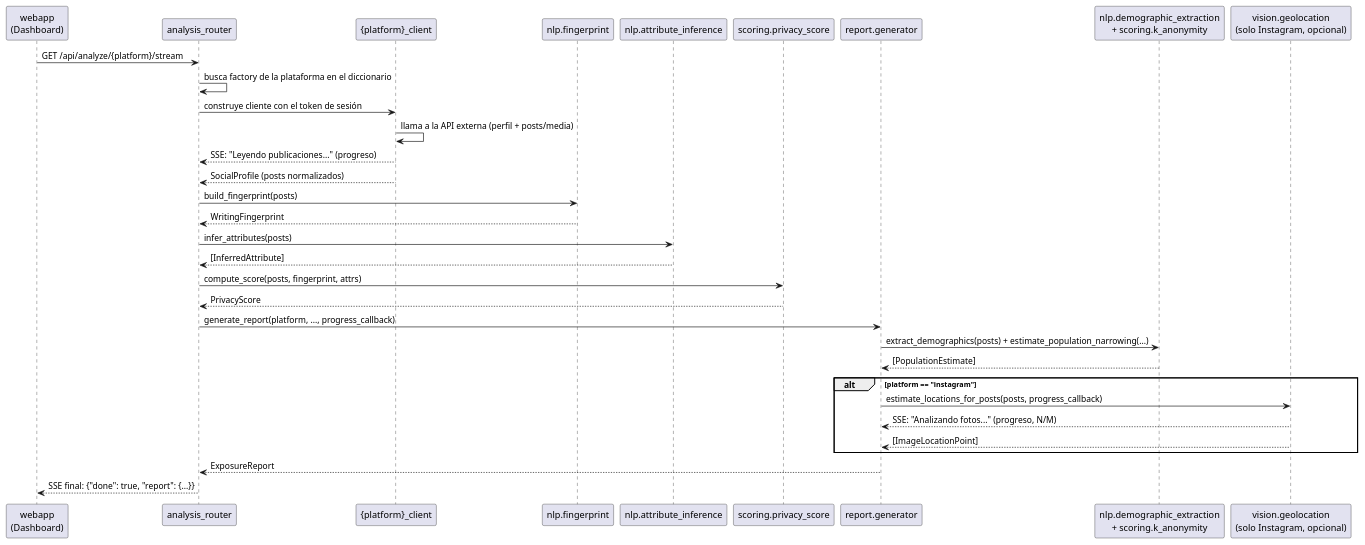
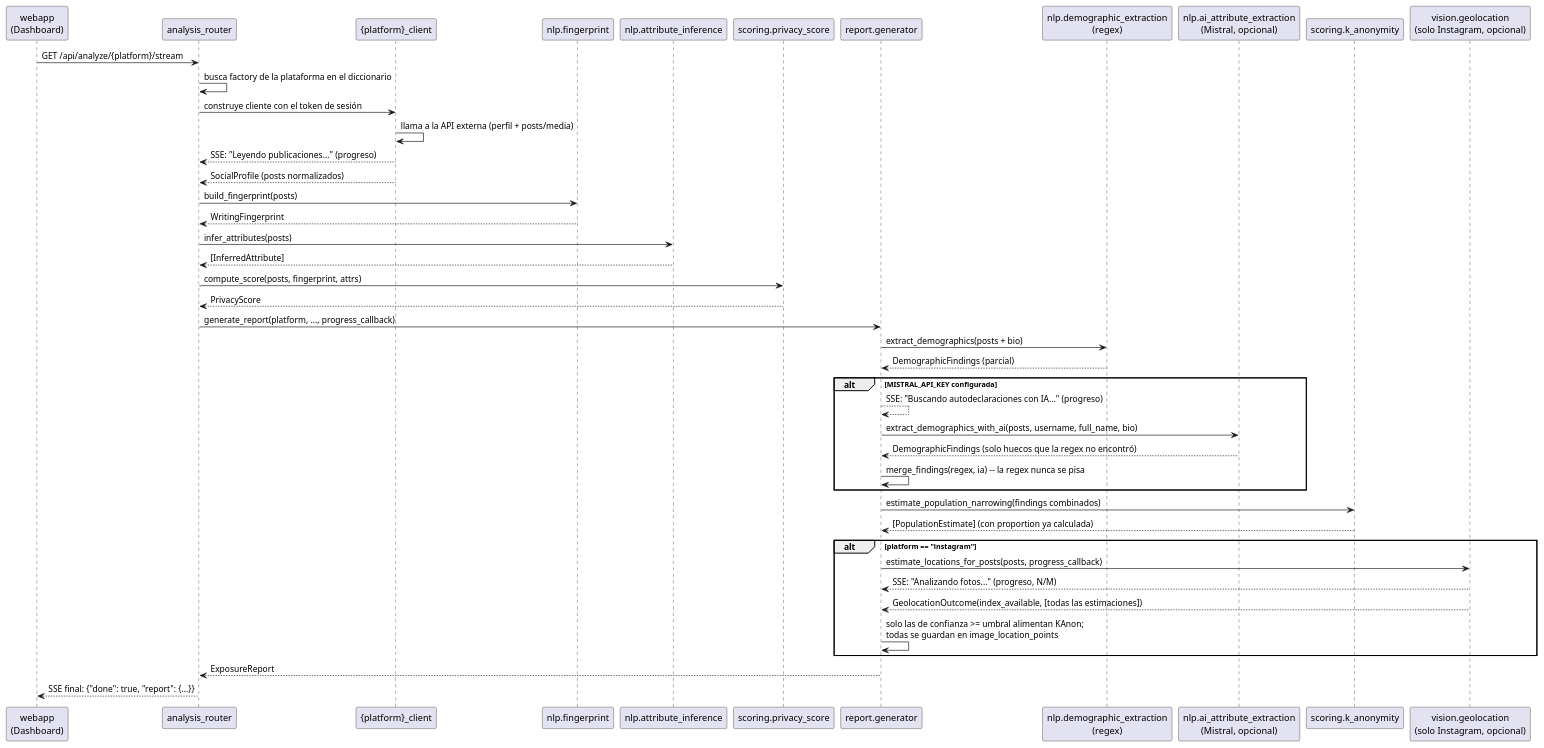
The third of 6 diagrams in docs/src/06_runtime_view.adoc (nacho50900/AmITraceable), drawn with PlantUML before and after one commit. The commit also changed other lines of this file and 11 other files, not shown here.

```diff
--- a/docs/src/06_runtime_view.adoc
+++ b/docs/src/06_runtime_view.adoc
@@ -66,35 +71,46 @@
 [plantuml, "Secuencia de análisis con progreso", png]
 ----
 participant "webapp\n(Dashboard)" as FE
 participant "analysis_router" as Router
 participant "{platform}_client" as Client
 participant "nlp.fingerprint" as FP
 participant "nlp.attribute_inference" as Attr
 participant "scoring.privacy_score" as Score
 participant "report.generator" as Report
-participant "nlp.demographic_extraction\n+ scoring.k_anonymity" as KAnon
+participant "nlp.demographic_extraction\n(regex)" as Regex
+participant "nlp.ai_attribute_extraction\n(Mistral, opcional)" as AiAttr
+participant "scoring.k_anonymity" as KAnon
 participant "vision.geolocation\n(solo Instagram, opcional)" as Geo
 
 FE -> Router: GET /api/analyze/{platform}/stream
 Router -> Router: busca factory de la plataforma en el diccionario
 Router -> Client: construye cliente con el token de sesión
 Client -> Client: llama a la API externa (perfil + posts/media)
 Client --> Router: SSE: "Leyendo publicaciones..." (progreso)
 Client --> Router: SocialProfile (posts normalizados)
 Router -> FP: build_fingerprint(posts)
 FP --> Router: WritingFingerprint
 Router -> Attr: infer_attributes(posts)
 Attr --> Router: [InferredAttribute]
 Router -> Score: compute_score(posts, fingerprint, attrs)
 Score --> Router: PrivacyScore
 Router -> Report: generate_report(platform, ..., progress_callback)
-Report -> KAnon: extract_demographics(posts) + estimate_population_narrowing(...)
-KAnon --> Report: [PopulationEstimate]
+Report -> Regex: extract_demographics(posts + bio)
+Regex --> Report: DemographicFindings (parcial)
+alt MISTRAL_API_KEY configurada
+  Report --> Report: SSE: "Buscando autodeclaraciones con IA..." (progreso)
+  Report -> AiAttr: extract_demographics_with_ai(posts, username, full_name, bio)
+  AiAttr --> Report: DemographicFindings (solo huecos que la regex no encontró)
+  Report -> Report: merge_findings(regex, ia) -- la regex nunca se pisa
+end
+Report -> KAnon: estimate_population_narrowing(findings combinados)
+KAnon --> Report: [PopulationEstimate] (con proportion ya calculada)
 alt platform == "instagram"
   Report -> Geo: estimate_locations_for_posts(posts, progress_callback)
   Geo --> Report: SSE: "Analizando fotos..." (progreso, N/M)
-  Geo --> Report: [ImageLocationPoint]
+  Geo --> Report: GeolocationOutcome(index_available, [todas las estimaciones])
+  Report -> Report: solo las de confianza >= umbral alimentan KAnon;\ntodas se guardan en image_location_points
 end
 Report --> Router: ExposureReport
 Router --> FE: SSE final: {"done": true, "report": {...}}
 ----
```
